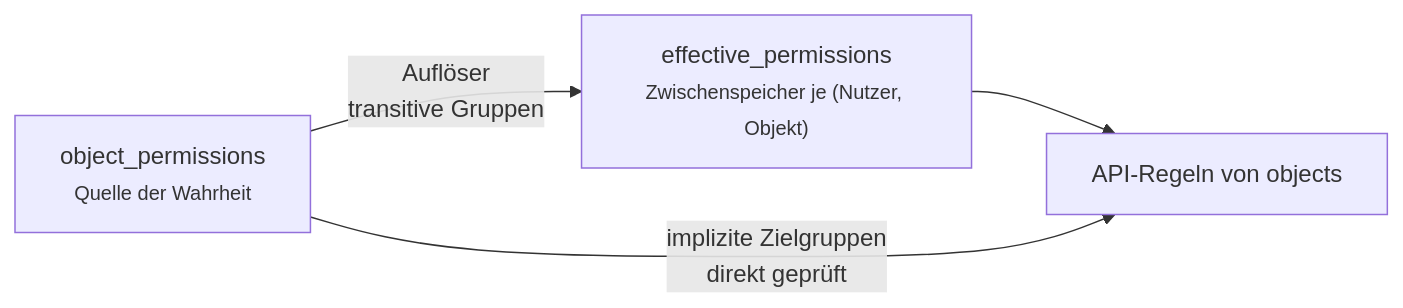
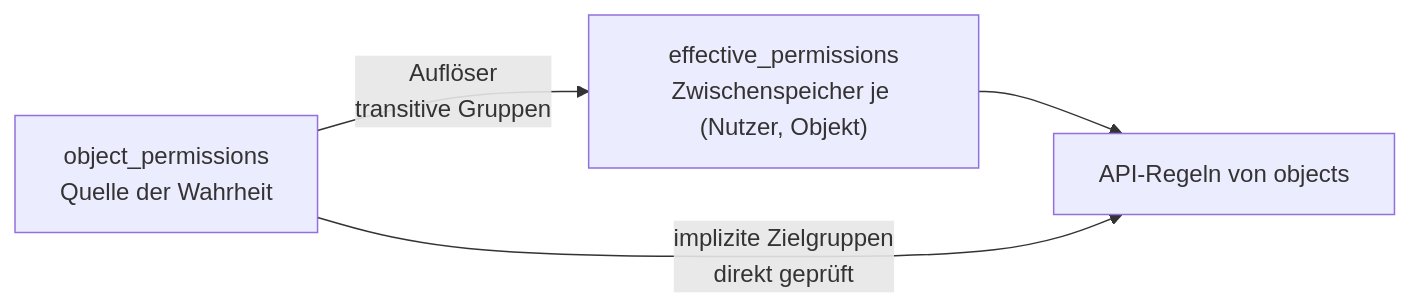
One commit to blckwngd/Ajna changed the diagram in wiki/Berechtigungen.md. Above: the diagram before and after it, drawn with Mermaid. The commit also changed other lines of this file and 11 other files, not shown here.

````diff
--- a/wiki/Berechtigungen.md
+++ b/wiki/Berechtigungen.md
@@ -80,6 +84,6 @@
 ```mermaid
 flowchart LR
-  ACE["object_permissions<br/><small>Quelle der Wahrheit</small>"] -->|"Auflöser<br/>transitive Gruppen"| EFF["effective_permissions<br/><small>Zwischenspeicher je (Nutzer, Objekt)</small>"]
+  ACE["object_permissions<br/>Quelle der Wahrheit"] -->|"Auflöser<br/>transitive Gruppen"| EFF["effective_permissions<br/>Zwischenspeicher je (Nutzer, Objekt)"]
   EFF --> RULE["API-Regeln von objects"]
   ACE -->|"implizite Zielgruppen<br/>direkt geprüft"| RULE
 ```
````
